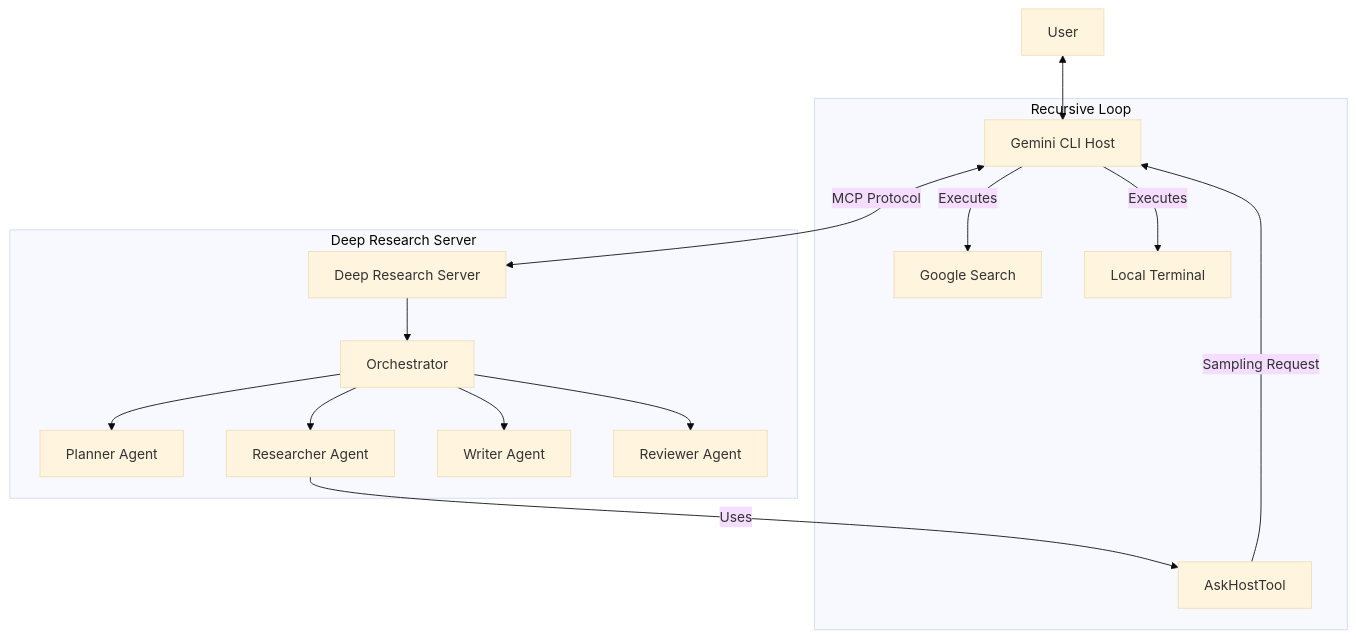
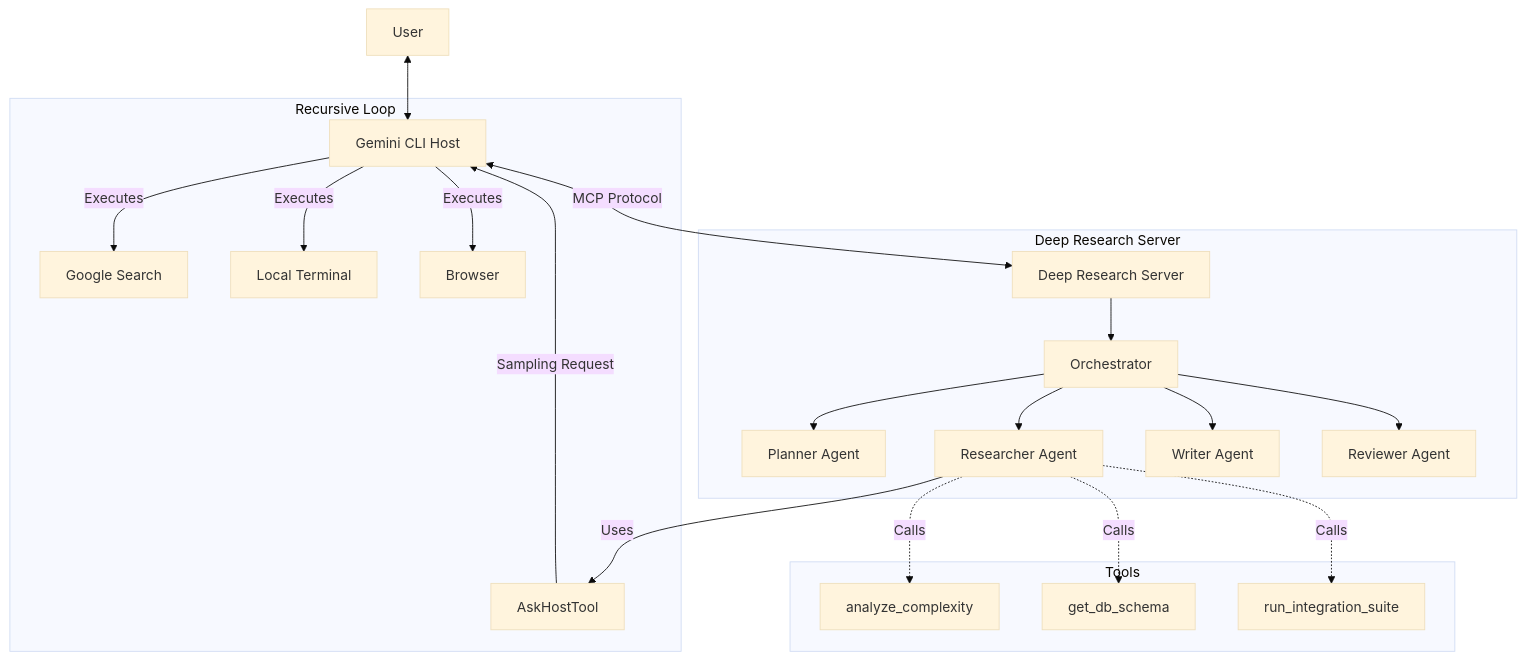
Before and after one commit to ic3land3r/Deep-Research-for-CLI: the second of 2 diagrams in architecture.md, drawn with Mermaid (base theme).

Commit message:
docs: update architecture diagram with tool details

````diff
--- a/architecture.md
+++ b/architecture.md
@@ -63,20 +63,27 @@
 ```mermaid
 graph TD
     User[User] <--> Host[Gemini CLI Host]
     Host <-->|MCP Protocol| Server[Deep Research Server]
     
     subgraph "Deep Research Server"
         Server --> Orch[Orchestrator]
         Orch --> Planner[Planner Agent]
         Orch --> Researcher[Researcher Agent]
         Orch --> Writer[Writer Agent]
         Orch --> Reviewer[Reviewer Agent]
     end
     
     subgraph "Recursive Loop"
         Researcher -->|Uses| AskHostTool
         AskHostTool -->|Sampling Request| Host
         Host -->|Executes| GoogleSearch[Google Search]
         Host -->|Executes| Terminal[Local Terminal]
+        Host -->|Executes| Browser[Browser]
+    end
+    
+    subgraph "Tools"
+        Researcher -.->|Calls| Analyze[analyze_complexity]
+        Researcher -.->|Calls| Schema[get_db_schema]
+        Researcher -.->|Calls| Integration[run_integration_suite]
     end
 ```
````
